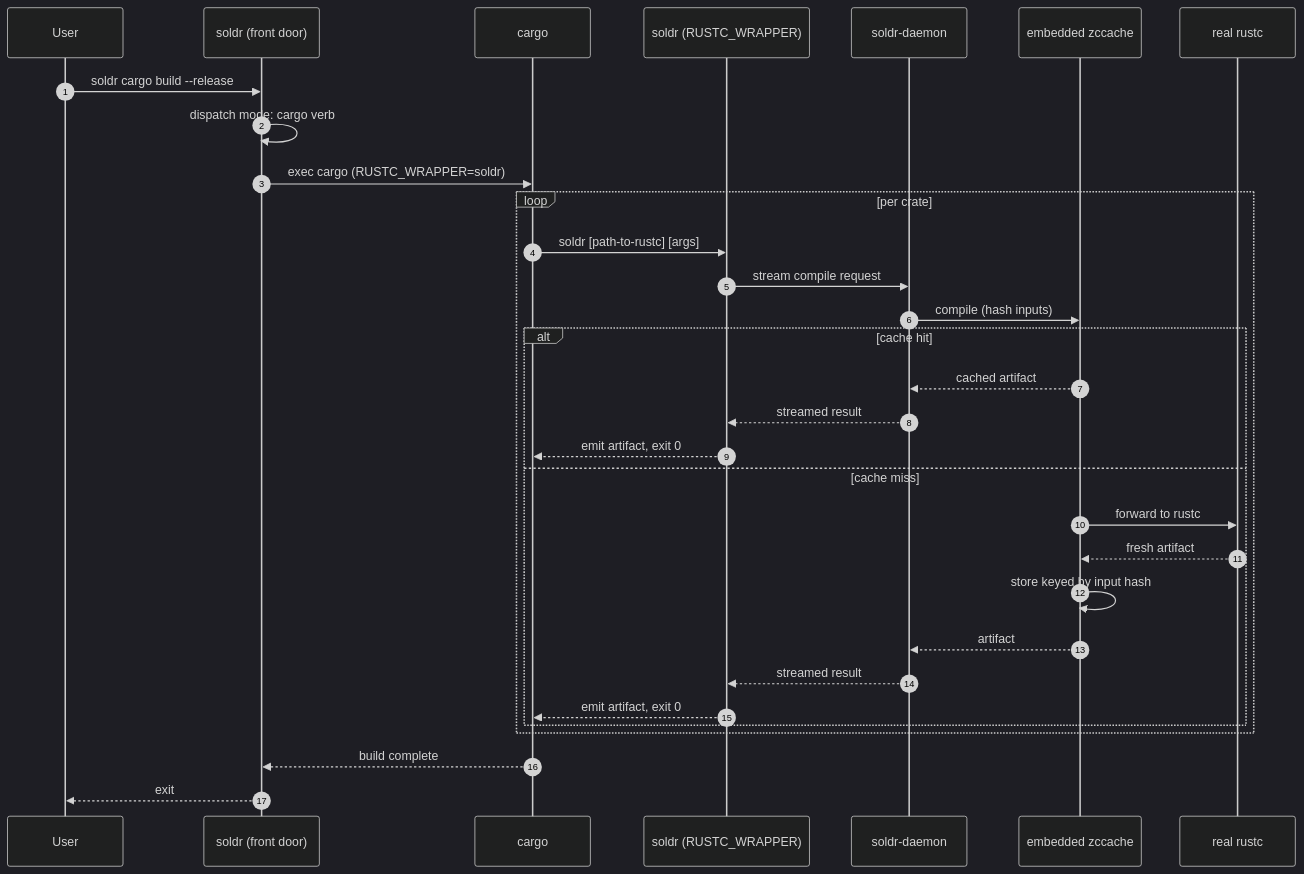
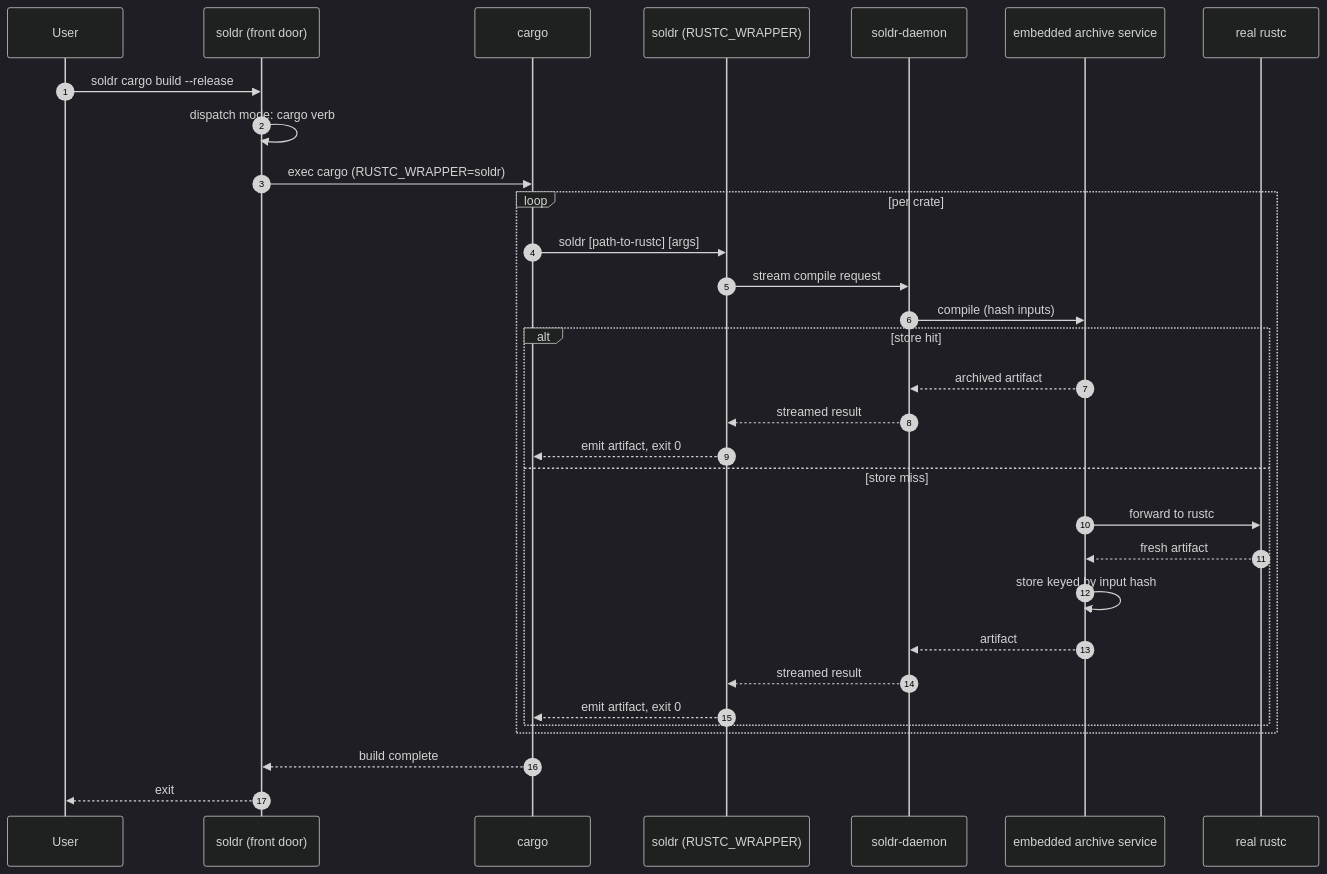
One commit to zackees/soldr changed the second of 2 diagrams in README.md. Above: the diagram before and after it, drawn with Mermaid (dark theme). The commit also changed other lines of this file, not shown here.

````diff
--- a/README.md
+++ b/README.md
@@ -354,34 +602,34 @@
 ```mermaid
 sequenceDiagram
     autonumber
     participant U as User
     participant S1 as soldr (front door)
     participant C as cargo
     participant S2 as soldr (RUSTC_WRAPPER)
     participant D as soldr-daemon
-    participant Z as embedded zccache
+    participant Z as embedded archive service
     participant R as real rustc
 
     U->>S1: soldr cargo build --release
     S1->>S1: dispatch mode: cargo verb
     S1->>C: exec cargo (RUSTC_WRAPPER=soldr)
     loop per crate
         C->>S2: soldr [path-to-rustc] [args]
         S2->>D: stream compile request
         D->>Z: compile (hash inputs)
-        alt cache hit
-            Z-->>D: cached artifact
+        alt store hit
+            Z-->>D: archived artifact
             D-->>S2: streamed result
             S2-->>C: emit artifact, exit 0
-        else cache miss
+        else store miss
             Z->>R: forward to rustc
             R-->>Z: fresh artifact
             Z->>Z: store keyed by input hash
             Z-->>D: artifact
             D-->>S2: streamed result
             S2-->>C: emit artifact, exit 0
         end
     end
     C-->>S1: build complete
     S1-->>U: exit
 ```
````
